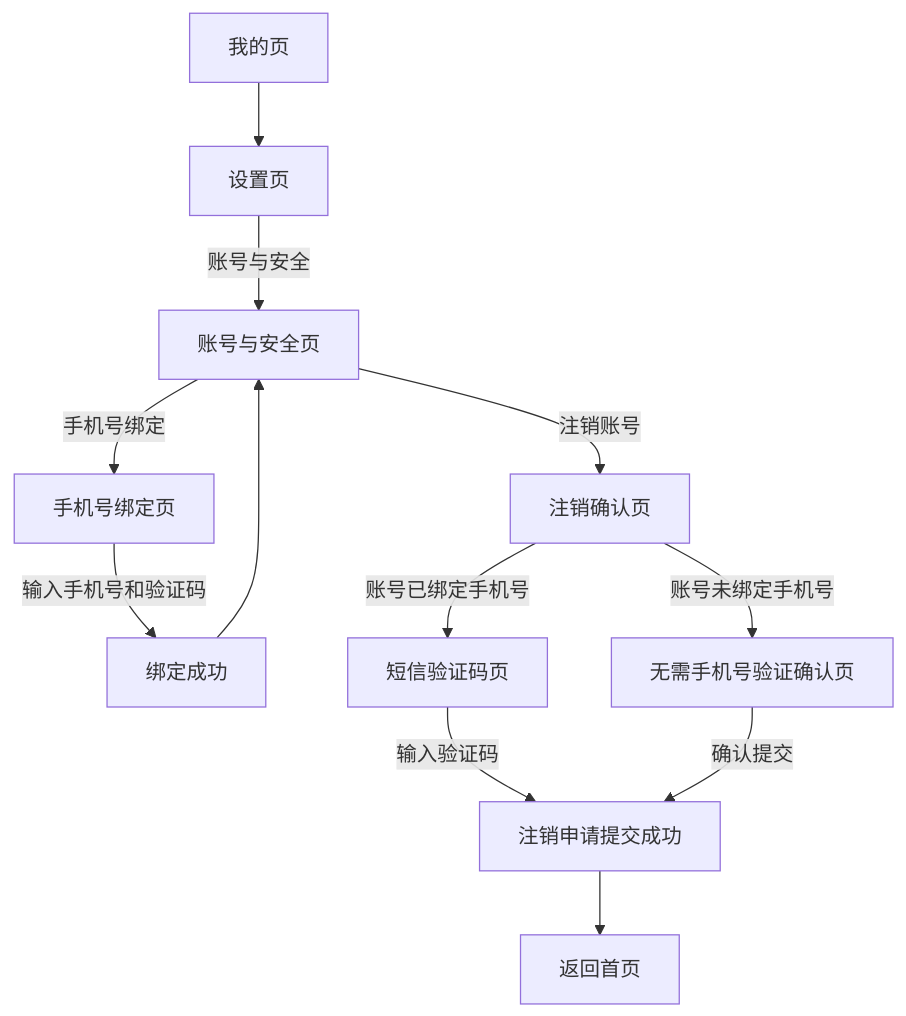
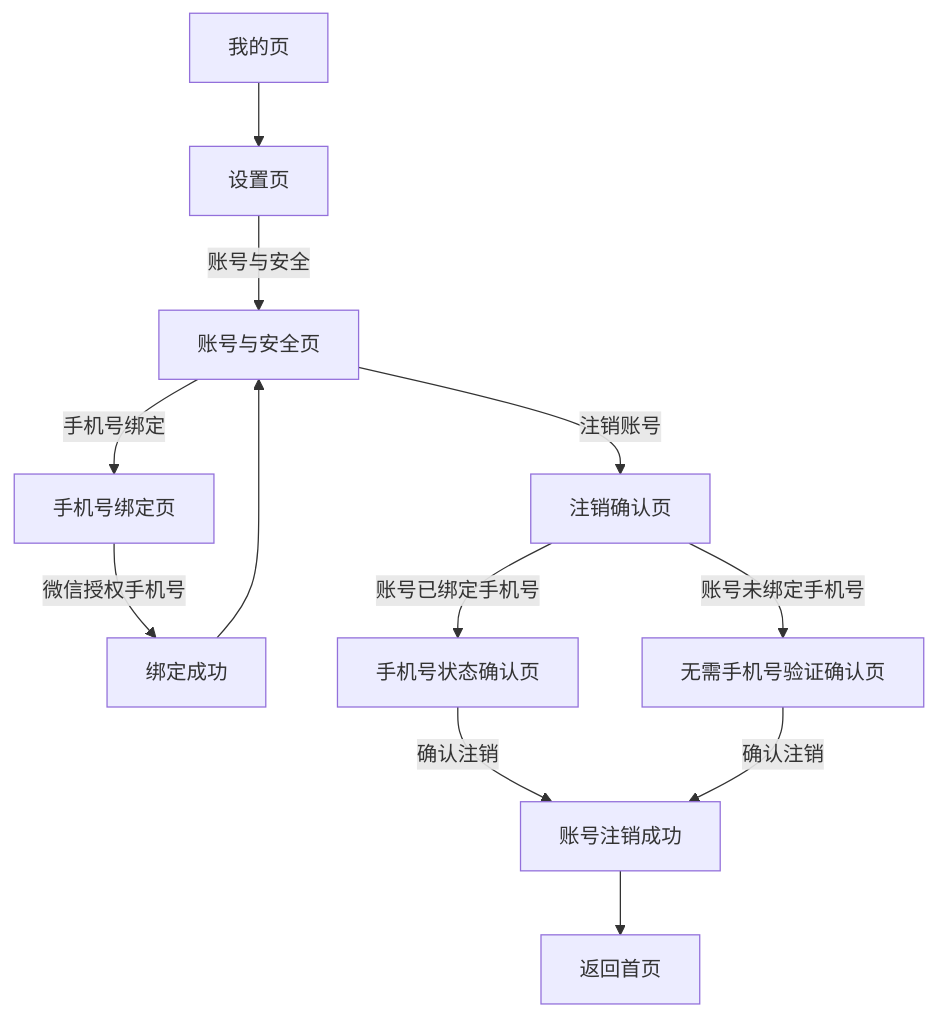
Before and after one commit to XYQC-LH/jibian: the fifth of 6 diagrams in docs/即变_用户操作逻辑流程图.md, drawn with Mermaid. The commit also changed 166 other files, not shown here.

````diff
--- a/docs/即变_用户操作逻辑流程图.md
+++ b/docs/即变_用户操作逻辑流程图.md
@@ -83,15 +83,15 @@
 ```mermaid
 flowchart TD
   A[我的页] --> B[设置页]
   B -->|账号与安全| C[账号与安全页]
   C -->|手机号绑定| D[手机号绑定页]
-  D -->|输入手机号和验证码| E[绑定成功]
+  D -->|微信授权手机号| E[绑定成功]
   E --> C
 
   C -->|注销账号| F[注销确认页]
-  F -->|账号已绑定手机号| G[短信验证码页]
-  G -->|输入验证码| I[注销申请提交成功]
+  F -->|账号已绑定手机号| G[手机号状态确认页]
+  G -->|确认注销| I[账号注销成功]
   F -->|账号未绑定手机号| H[无需手机号验证确认页]
-  H -->|确认提交| I
+  H -->|确认注销| I
   I --> J[返回首页]
 ```
````
